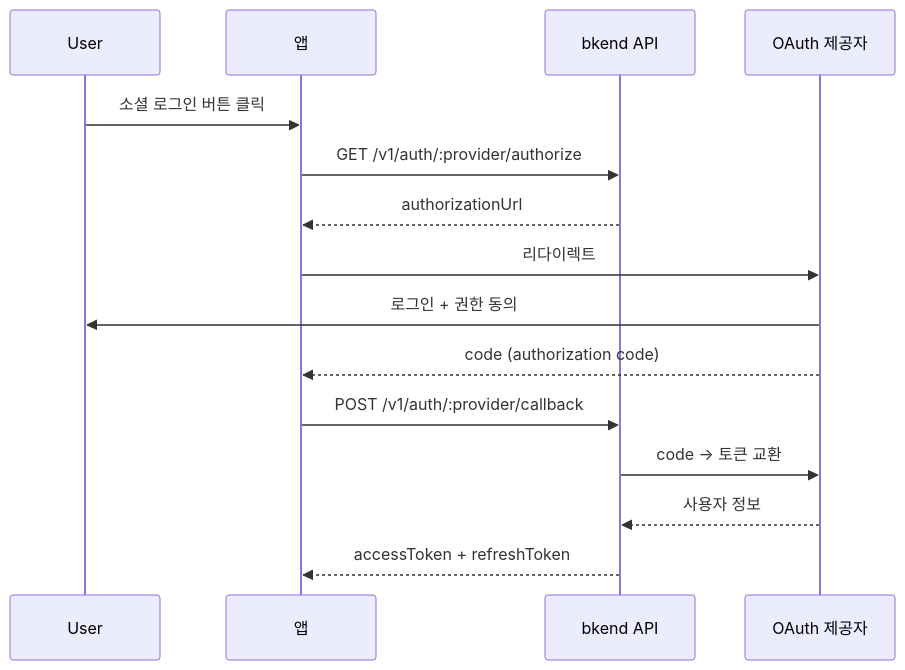
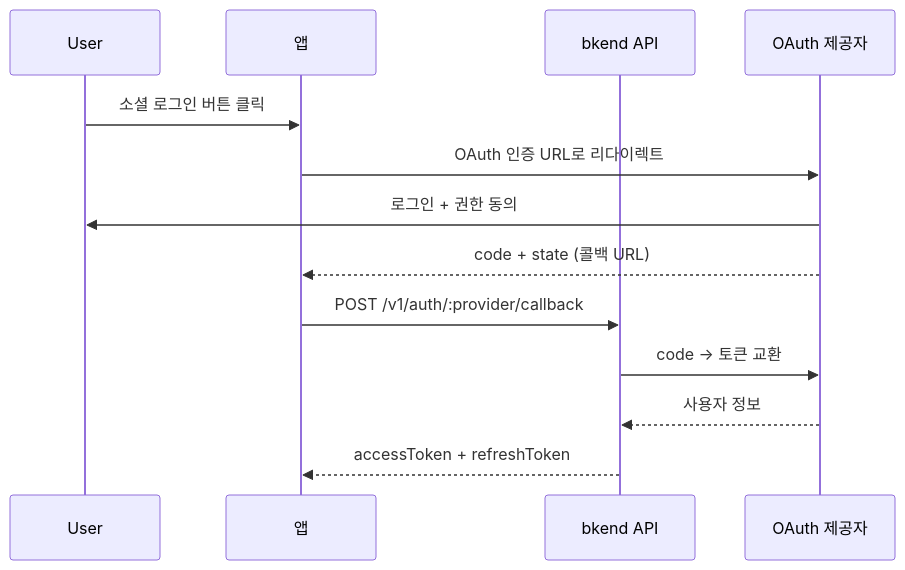
The diagram in ko/authentication/05-social-overview.md (popup-studio-ai/bkend-docs), drawn with Mermaid before and after one commit. The commit also changed other lines of this file and 105 other files, not shown here.

````diff
--- a/ko/authentication/05-social-overview.md
+++ b/ko/authentication/05-social-overview.md
@@ -24,18 +24,16 @@
 ```mermaid
 sequenceDiagram
     participant User as User
     participant App as 앱
     participant API as bkend API
     participant Provider as OAuth 제공자
 
     User->>App: 소셜 로그인 버튼 클릭
-    App->>API: GET /v1/auth/:provider/authorize
-    API-->>App: authorizationUrl
-    App->>Provider: 리다이렉트
+    App->>Provider: OAuth 인증 URL로 리다이렉트
     Provider->>User: 로그인 + 권한 동의
-    Provider-->>App: code (authorization code)
+    Provider-->>App: code + state (콜백 URL)
     App->>API: POST /v1/auth/:provider/callback
     API->>Provider: code → 토큰 교환
     Provider-->>API: 사용자 정보
     API-->>App: accessToken + refreshToken
 ```
````
